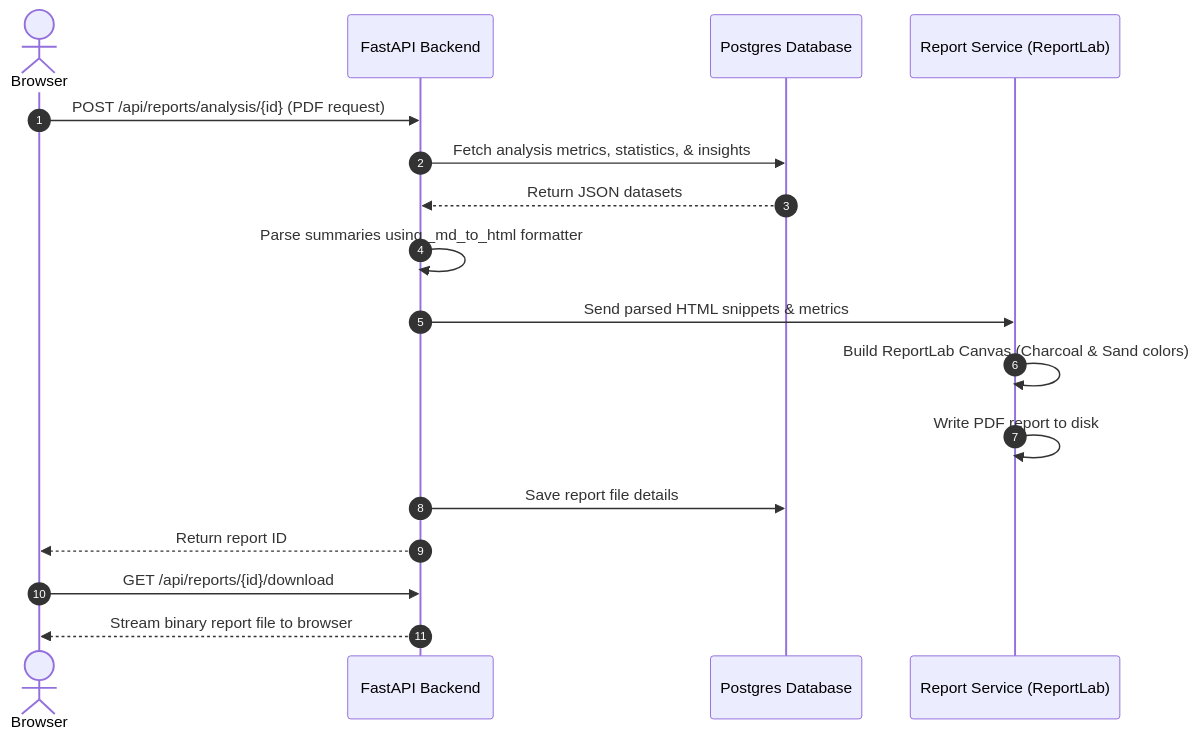
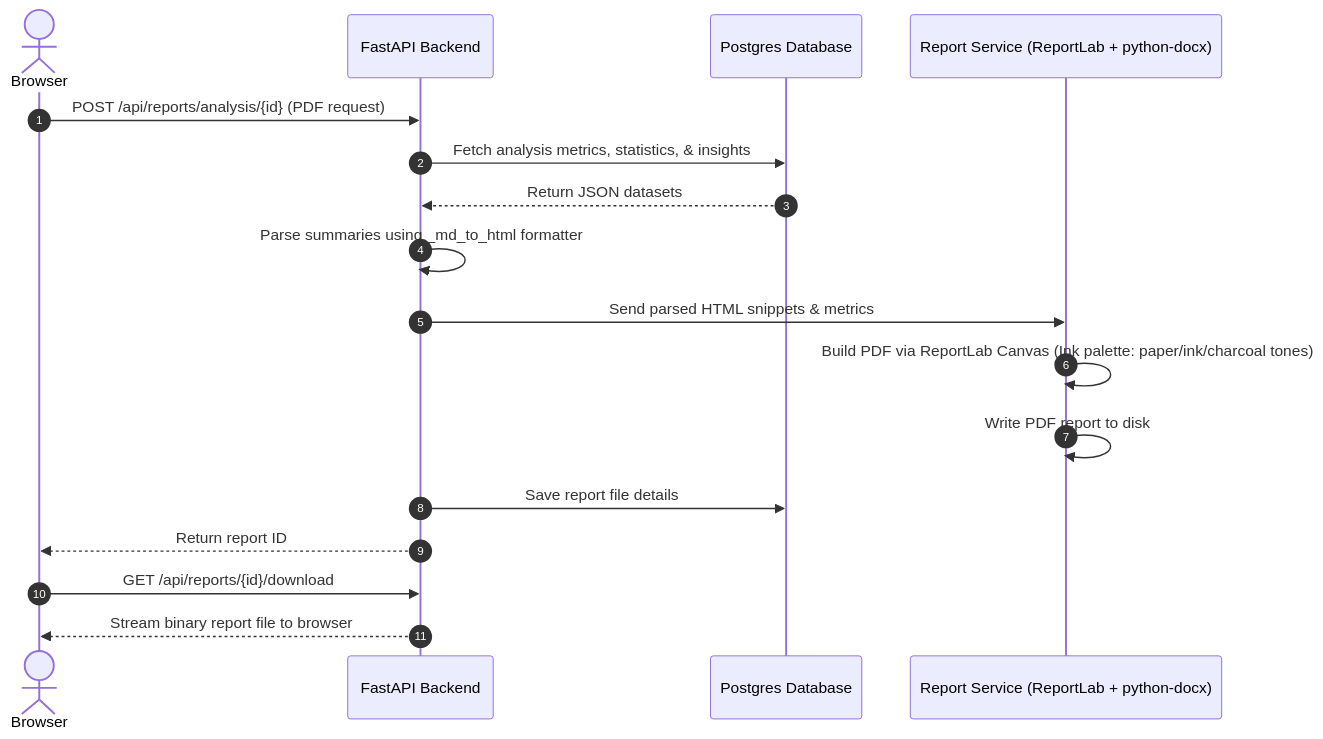
Before and after one commit to mannaxsara/detective-ai: the fifth of 5 diagrams in docs/ARCHITECTURE.md, drawn with Mermaid. The commit also changed other lines of this file and 45 other files, not shown here.

````diff
--- a/docs/ARCHITECTURE.md
+++ b/docs/ARCHITECTURE.md
@@ -83,20 +83,20 @@
 ```mermaid
 sequenceDiagram
     autonumber
     actor Client as Browser
     participant API as FastAPI Backend
     participant DB as Postgres Database
-    participant Service as Report Service (ReportLab)
+    participant Service as Report Service (ReportLab + python-docx)
     
     Client->>API: POST /api/reports/analysis/{id} (PDF request)
     API->>DB: Fetch analysis metrics, statistics, & insights
     DB-->>API: Return JSON datasets
     API->>API: Parse summaries using _md_to_html formatter
     API->>Service: Send parsed HTML snippets & metrics
-    Service->>Service: Build ReportLab Canvas (Charcoal & Sand colors)
+    Service->>Service: Build PDF via ReportLab Canvas (Ink palette: paper/ink/charcoal tones)
     Service->>Service: Write PDF report to disk
     API->>DB: Save report file details
     API-->>Client: Return report ID
     Client->>API: GET /api/reports/{id}/download
     API-->>Client: Stream binary report file to browser
 ```
````
